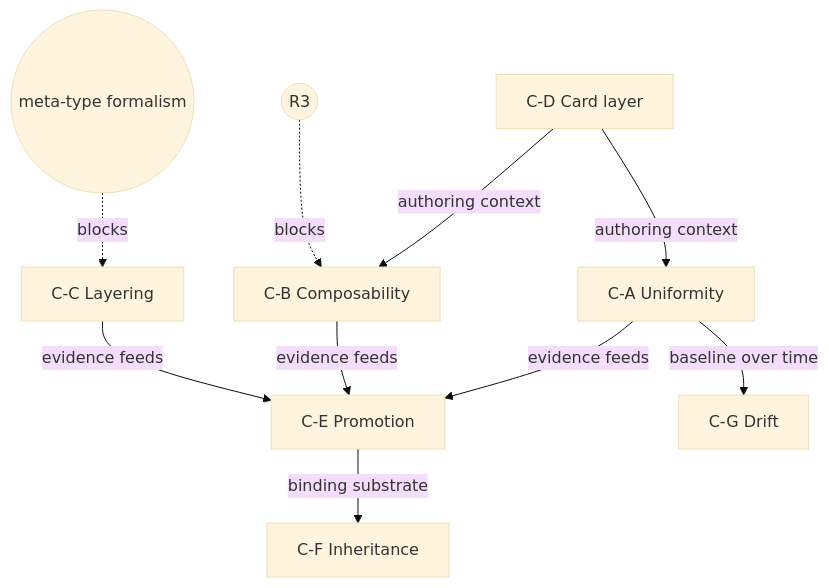
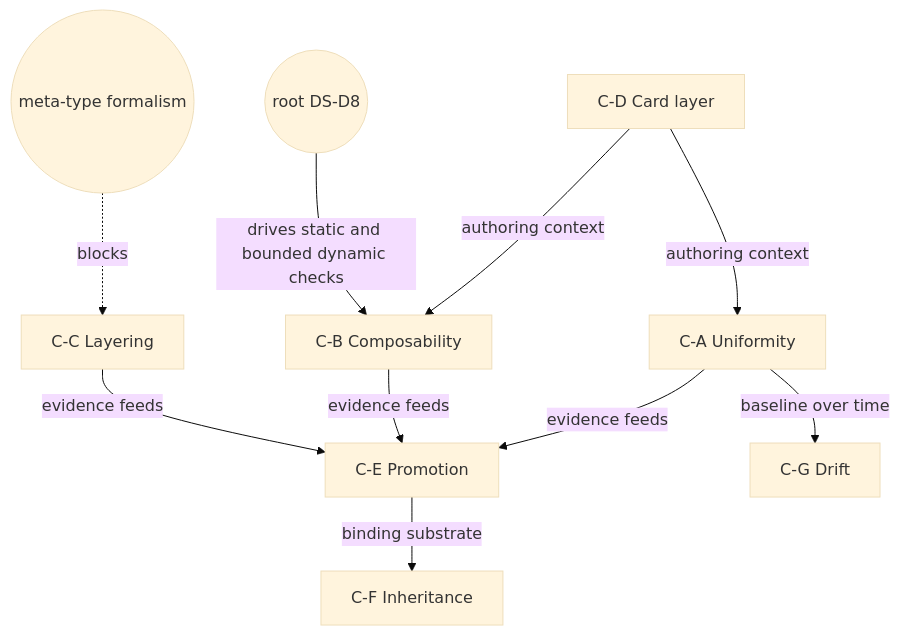
The second of 3 diagrams in projects/domainspec-v2/development/architecture-pattern-enforcement/architecture-bundle.md (cyberAlchemyAI/domainspec-core), drawn with Mermaid (base theme) before and after one commit. The commit also changed other lines of this file and 1257 other files, not shown here.

````diff
--- a/projects/domainspec-v2/development/architecture-pattern-enforcement/architecture-bundle.md
+++ b/projects/domainspec-v2/development/architecture-pattern-enforcement/architecture-bundle.md
@@ -55,12 +57,12 @@
 ```mermaid
 graph TD
     CD[C-D Card layer] -->|authoring context| CA[C-A Uniformity]
     CD -->|authoring context| CB[C-B Composability]
     CA -->|evidence feeds| CE[C-E Promotion]
     CB -->|evidence feeds| CE
     CC[C-C Layering] -->|evidence feeds| CE
     CE -->|binding substrate| CF[C-F Inheritance]
     CA -->|baseline over time| CG[C-G Drift]
-    R3((R3)) -.blocks.-> CB
+    DS8((root DS-D8)) -->|drives static and bounded dynamic checks| CB
     Formalism((meta-type formalism)) -.blocks.-> CC
 ```
````
